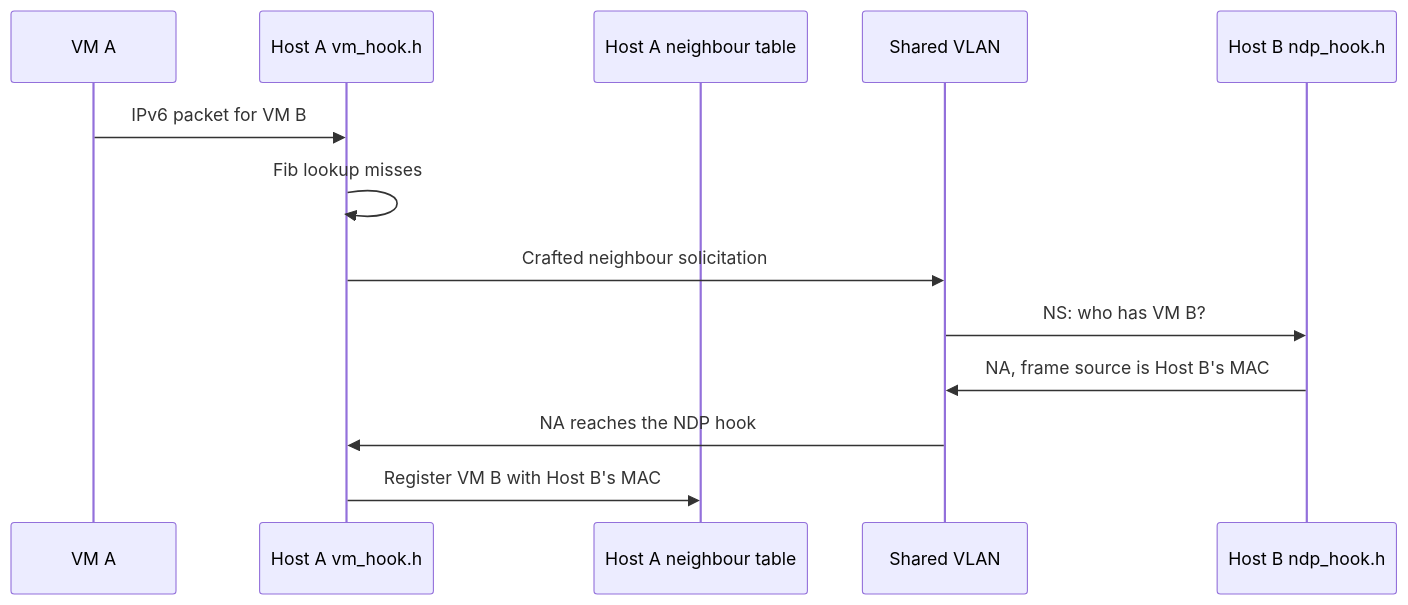
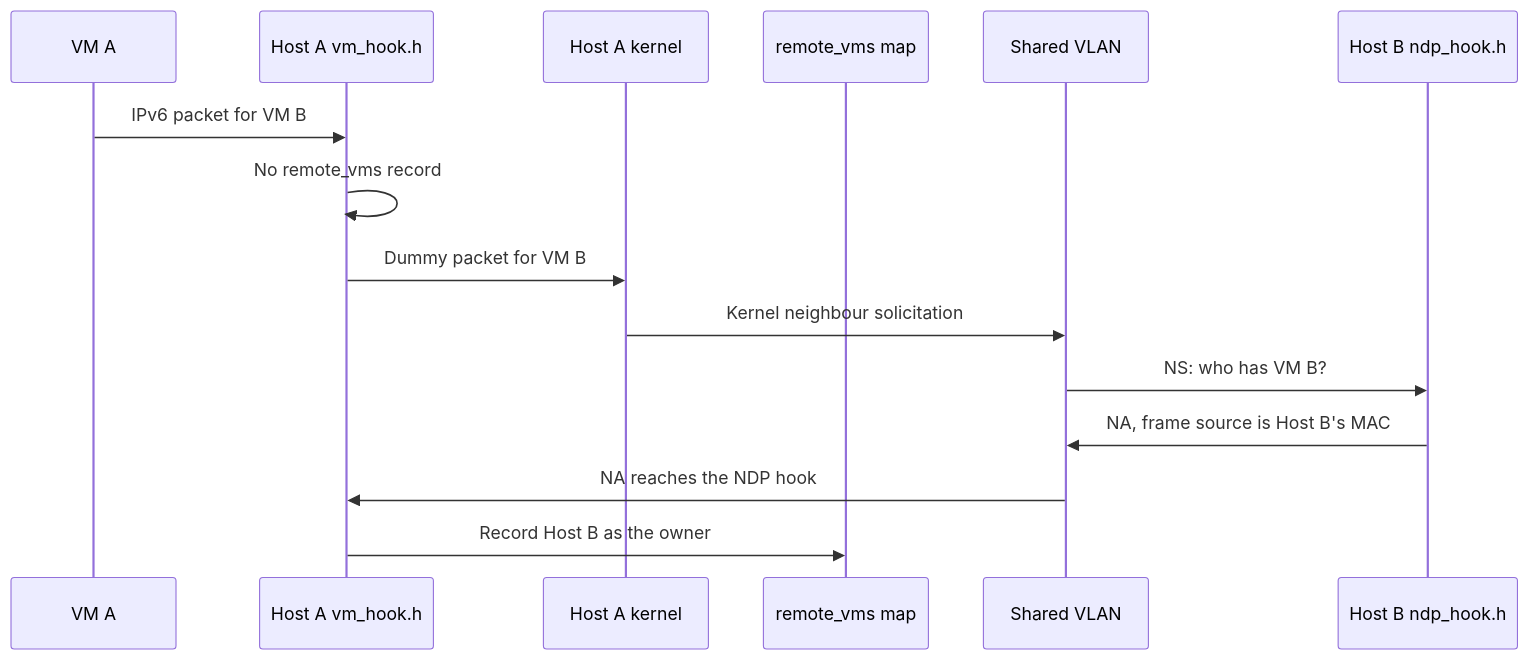
The third of 5 diagrams in services/wg-mesh/docs/design.md (20vikash/atlas), drawn with Mermaid before and after one commit. The commit also changed other lines of this file and 24 other files, not shown here.

````diff
--- a/services/wg-mesh/docs/design.md
+++ b/services/wg-mesh/docs/design.md
@@ -141,16 +140,18 @@
 ```mermaid
 sequenceDiagram
     participant A as VM A
     participant HA as Host A vm_hook.h
-    participant N as Host A neighbour table
+    participant K as Host A kernel
+    participant R as remote_vms map
     participant U as Shared VLAN
     participant HB as Host B ndp_hook.h
 
     A->>HA: IPv6 packet for VM B
-    HA->>HA: Fib lookup misses
-    HA->>U: Crafted neighbour solicitation
+    HA->>HA: No remote_vms record
+    HA->>K: Dummy packet for VM B
+    K->>U: Kernel neighbour solicitation
     U->>HB: NS: who has VM B?
     HB->>U: NA, frame source is Host B's MAC
     U->>HA: NA reaches the NDP hook
-    HA->>N: Register VM B with Host B's MAC
+    HA->>R: Record Host B as the owner
 ```
````
